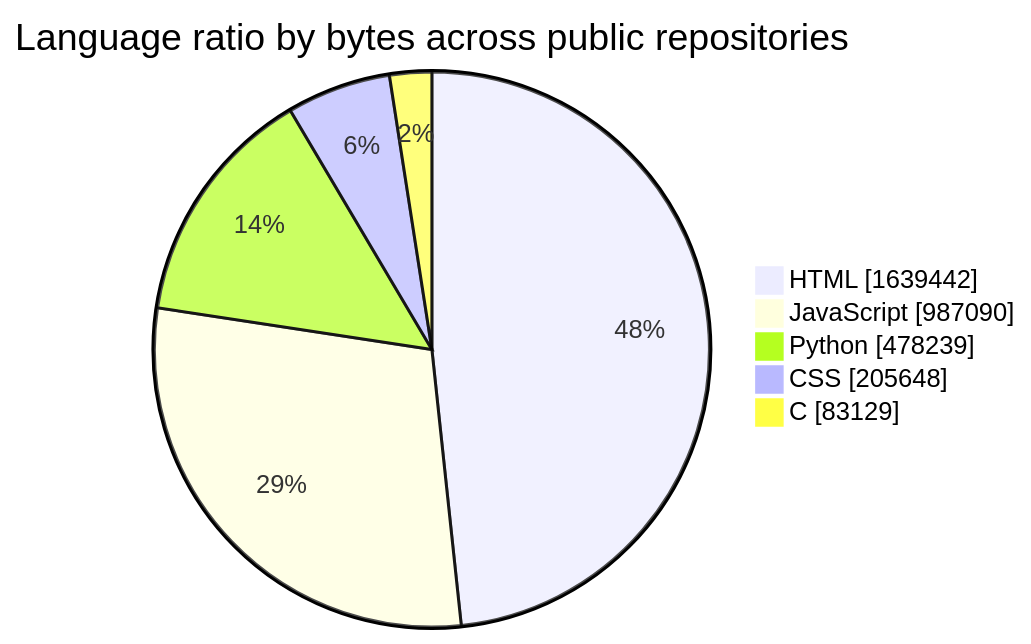
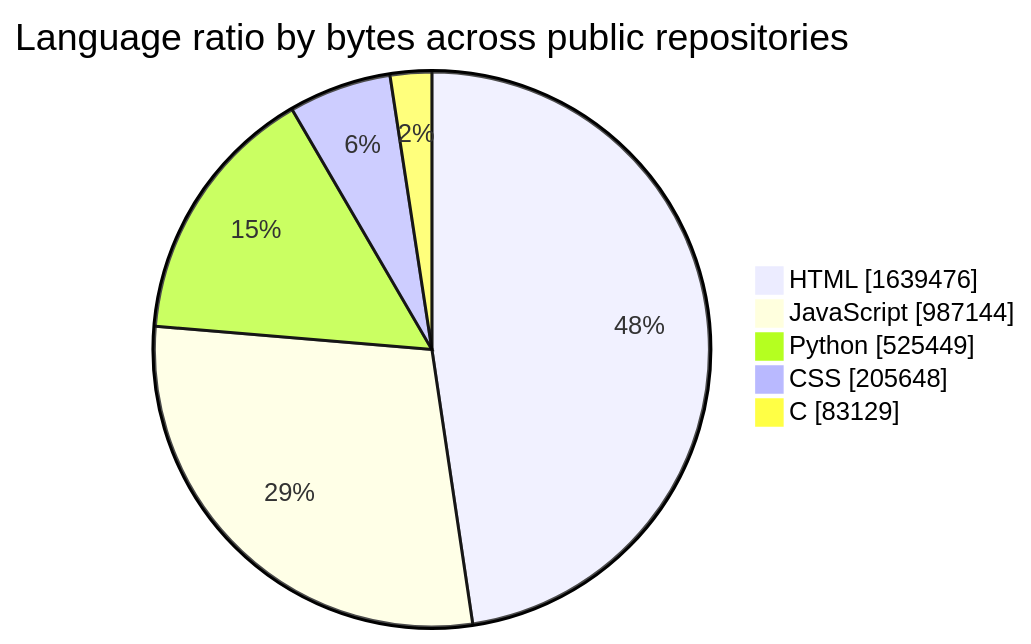
One commit to tchinso/tchinso changed the first of 2 diagrams in README.md. Above: the diagram before and after it, drawn with Mermaid. The commit also changed other lines of this file, not shown here.

````diff
--- a/README.md
+++ b/README.md
@@ -24,9 +24,9 @@
 ```mermaid
 pie showData
     title Language ratio by bytes across public repositories
-    "HTML" : 1639442
-    "JavaScript" : 987090
-    "Python" : 478239
+    "HTML" : 1639476
+    "JavaScript" : 987144
+    "Python" : 525449
     "CSS" : 205648
     "C" : 83129
 ```
````
